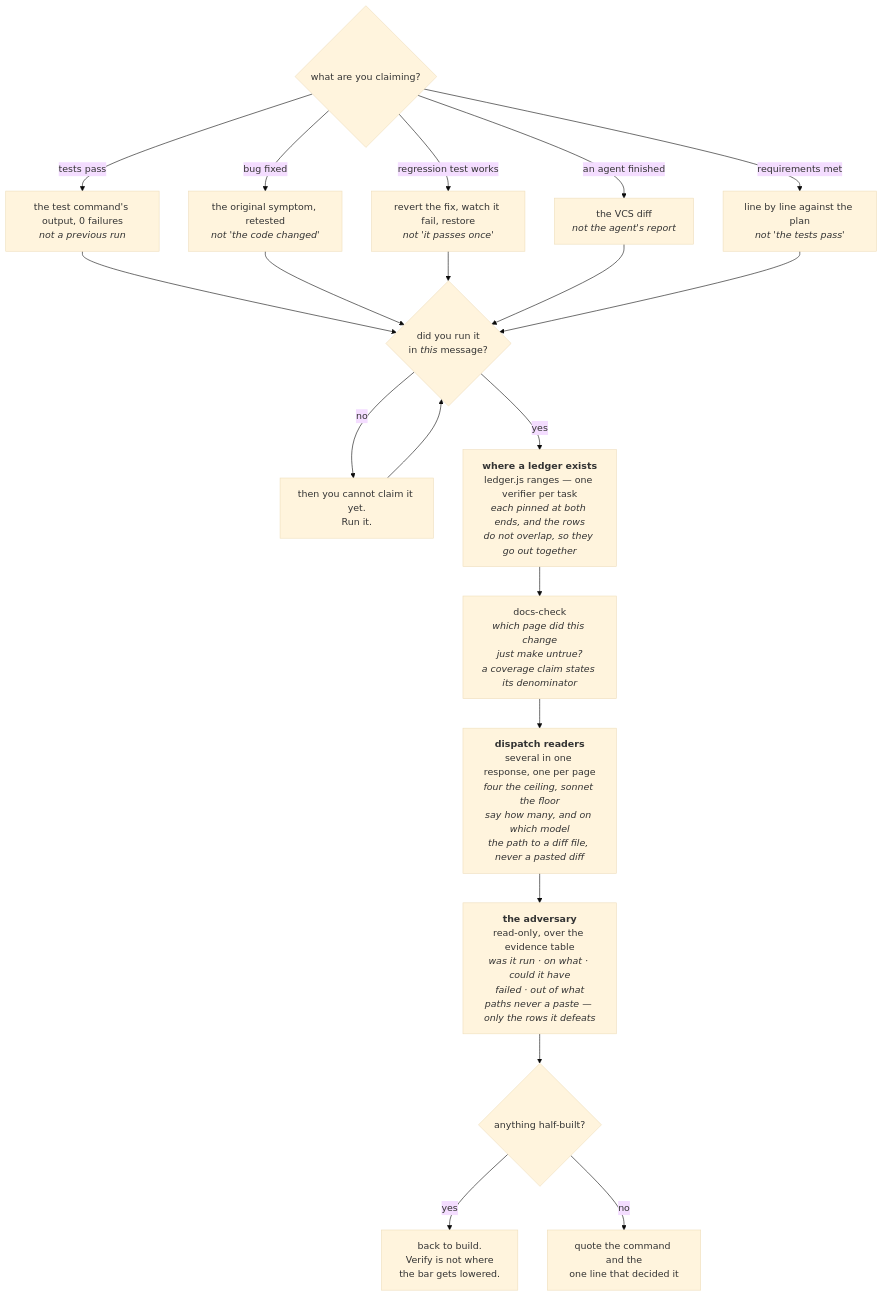
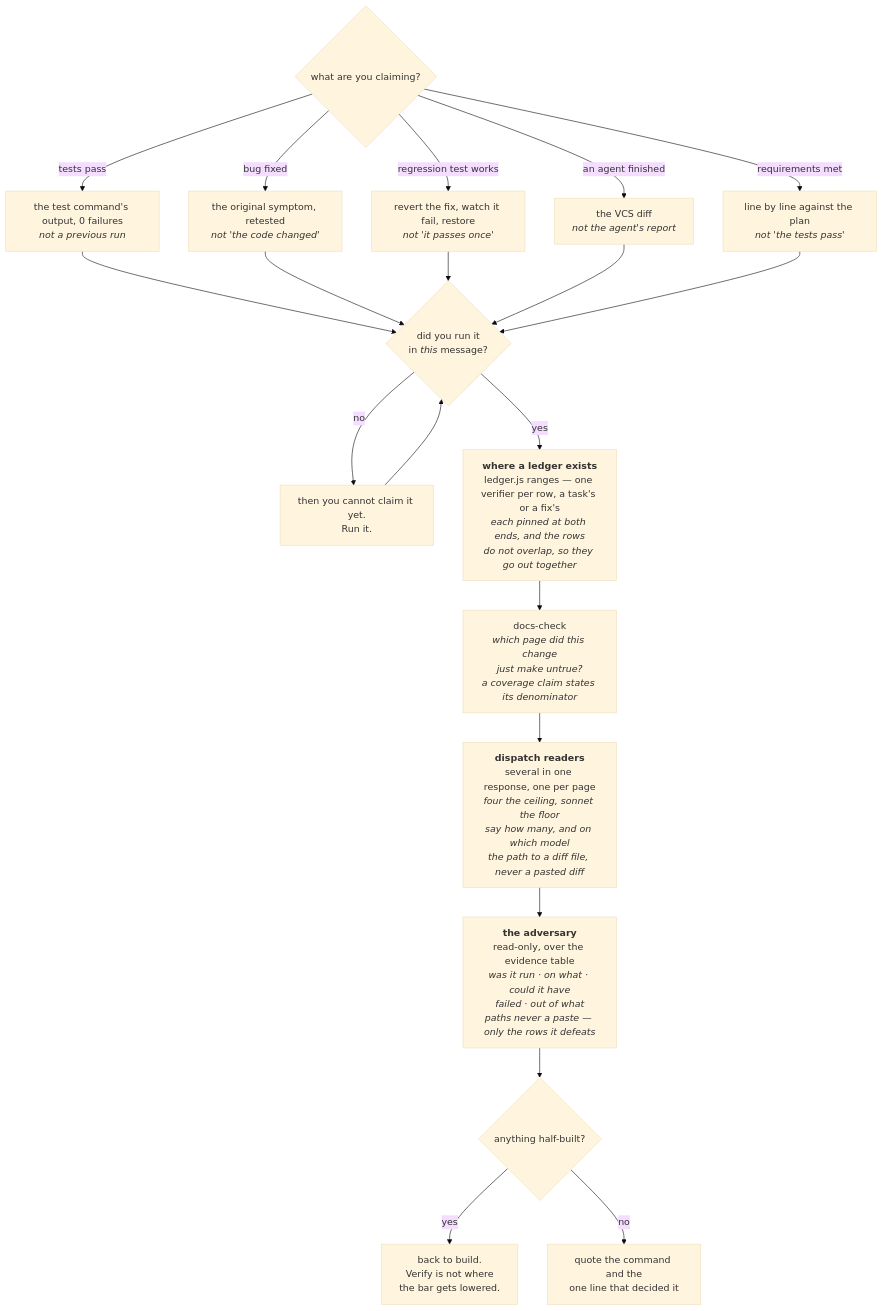
The sixth of 8 diagrams in docs/pipeline.md (FanFantom9452/FanKeel), drawn with Mermaid (base theme) before and after one commit. The commit also changed 2 other files, not shown here.

Commit message:
docs: two pages said one verifier per task; ranges now lists fix rows too
verify found `ledger.js ranges` printing fix rows beside task rows, so
the D0 node in pipeline.md and the verify row of subagents' unit table
described half of what a verifier is sent. Both now say a row, task or
fix. The comment above FIX_RANGE's test said the same thing and is
reworded with them.

````diff
--- a/docs/pipeline.md
+++ b/docs/pipeline.md
@@ -557,38 +557,38 @@
 ```mermaid
 flowchart TD
     A{"what are you claiming?"}
     A1["the test command's output, 0 failures<br/><i>not a previous run</i>"]
     A2["the original symptom, retested<br/><i>not 'the code changed'</i>"]
     A3["revert the fix, watch it fail, restore<br/><i>not 'it passes once'</i>"]
     A4["the VCS diff<br/><i>not the agent's report</i>"]
     A5["line by line against the plan<br/><i>not 'the tests pass'</i>"]
     B{"did you run it<br/>in <i>this</i> message?"}
     C["then you cannot claim it yet.<br/>Run it."]
-    D0["<b>where a ledger exists</b><br/>ledger.js ranges — one verifier per task<br/><i>each pinned at both ends, and the rows<br/>do not overlap, so they go out together</i>"]
+    D0["<b>where a ledger exists</b><br/>ledger.js ranges — one verifier per row, a task's or a fix's<br/><i>each pinned at both ends, and the rows<br/>do not overlap, so they go out together</i>"]
     D["docs-check<br/><i>which page did this change<br/>just make untrue?</i><br/><i>a coverage claim states its denominator</i>"]
     D1["<b>dispatch readers</b><br/>several in one response, one per page<br/><i>four the ceiling, sonnet the floor</i><br/><i>say how many, and on which model</i><br/><i>the path to a diff file, never a pasted diff</i>"]
     D2["<b>the adversary</b><br/>read-only, over the evidence table<br/><i>was it run · on what · could it have<br/>failed · out of what</i><br/><i>paths never a paste — only the rows it defeats</i>"]
     E{"anything half-built?"}
     F["back to build.<br/>Verify is not where<br/>the bar gets lowered."]
     G["quote the command and the<br/>one line that decided it"]
 
     A -- "tests pass" --> A1
     A -- "bug fixed" --> A2
     A -- "regression test works" --> A3
     A -- "an agent finished" --> A4
     A -- "requirements met" --> A5
     A1 --> B
     A2 --> B
     A3 --> B
     A4 --> B
     A5 --> B
     B -- no --> C
     C --> B
     B -- yes --> D0
     D0 --> D
     D --> D1
     D1 --> D2
     D2 --> E
     E -- yes --> F
     E -- no --> G
 ```
````
